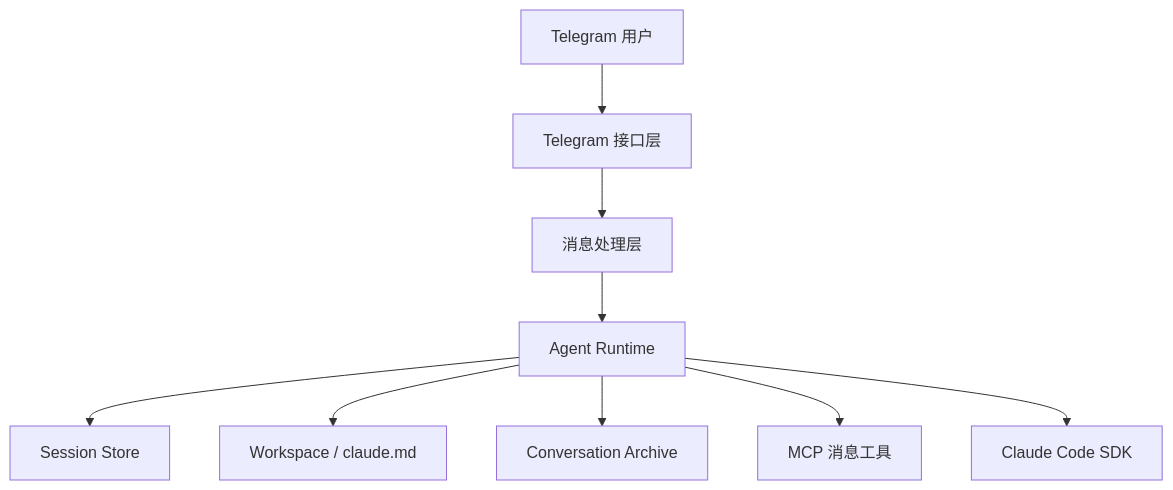
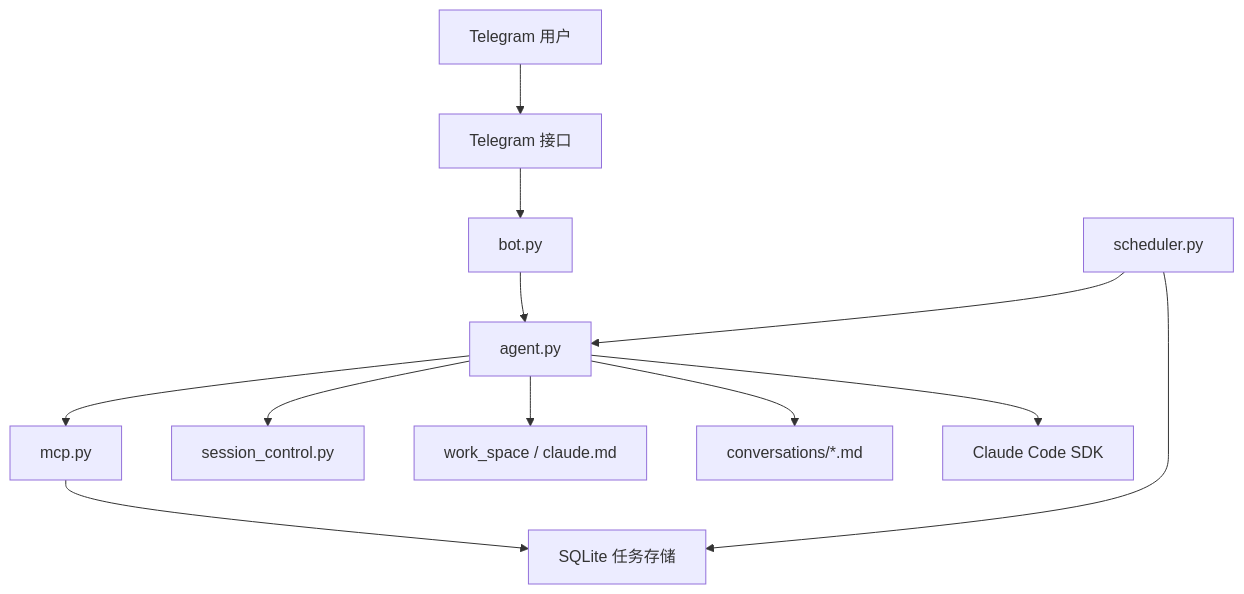
The diagram in README_CN.md (buctzzp/nano-openclaw), drawn with Mermaid before and after one commit. The commit also changed other lines of this file, not shown here.

````diff
--- a/README_CN.md
+++ b/README_CN.md
@@ -96,21 +103,26 @@
 ```mermaid
 flowchart TD
     User[Telegram 用户]
-    Telegram[Telegram 接口层]
-    Handlers[消息处理层]
-    Agent[Agent Runtime]
-    Session[Session Store]
-    Workspace[Workspace / claude.md]
-    Archive[Conversation Archive]
-    MCP[MCP 消息工具]
+    Telegram[Telegram 接口]
+    Bot[bot.py]
+    Agent[agent.py]
+    MCP[mcp.py]
+    Session[session_control.py]
+    Workspace[work_space / claude.md]
+    Archive[conversations/*.md]
+    Scheduler[scheduler.py]
+    DB[SQLite 任务存储]
     Claude[Claude Code SDK]
 
     User --> Telegram
-    Telegram --> Handlers
-    Handlers --> Agent
+    Telegram --> Bot
+    Bot --> Agent
+    Agent --> MCP
     Agent --> Session
     Agent --> Workspace
     Agent --> Archive
-    Agent --> MCP
     Agent --> Claude
+    Scheduler --> Agent
+    Scheduler --> DB
+    MCP --> DB
 ```
````
